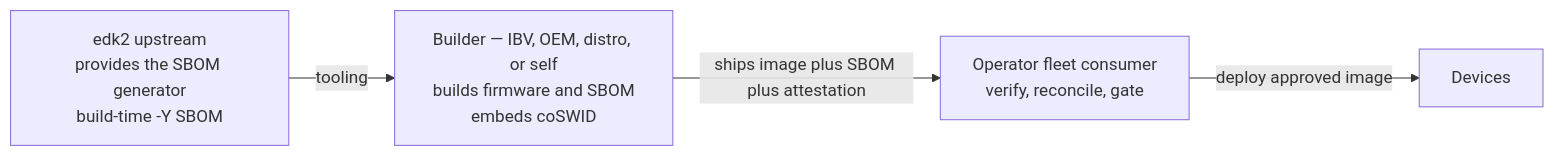
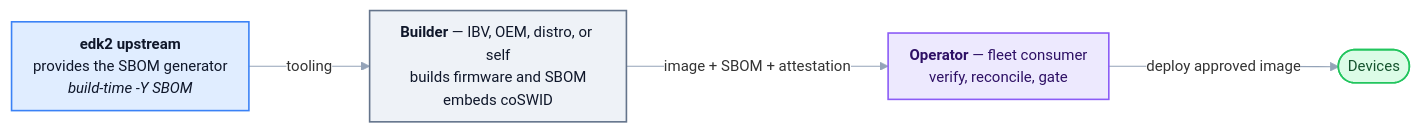
Before and after one commit to houdini91/firmware-sbom-supplychain: the first of 3 diagrams in DESIGN.md, drawn with Mermaid. The commit also changed other lines of this file, not shown here.

First line of the commit message:
DESIGN: Restyle the three mermaid diagrams

````diff
--- a/DESIGN.md
+++ b/DESIGN.md
@@ -40,10 +40,19 @@
 ```mermaid
+%%{init: {"theme":"base","themeVariables":{"fontFamily":"ui-sans-serif, system-ui, -apple-system, sans-serif","fontSize":"14px","lineColor":"#94a3b8","edgeLabelBackground":"#ffffff"},"flowchart":{"curve":"basis","htmlLabels":true,"nodeSpacing":55,"rankSpacing":70,"padding":10}}}%%
 flowchart LR
-  E["edk2 upstream<br/>provides the SBOM generator<br/>build-time -Y SBOM"]
-  B["Builder — IBV, OEM, distro, or self<br/>builds firmware and SBOM<br/>embeds coSWID"]
-  O["Operator fleet consumer<br/>verify, reconcile, gate"]
-  D["Devices"]
+  E["<b>edk2 upstream</b><br/>provides the SBOM generator<br/><i>build-time -Y SBOM</i>"]
+  B["<b>Builder</b> — IBV, OEM, distro, or self<br/>builds firmware and SBOM<br/>embeds coSWID"]
+  O["<b>Operator</b> — fleet consumer<br/>verify, reconcile, gate"]
+  D(["Devices"])
   E -->|tooling| B
-  B -->|ships image plus SBOM plus attestation| O
+  B -->|image + SBOM + attestation| O
   O -->|deploy approved image| D
+  classDef upstream fill:#e0edff,stroke:#3b82f6,stroke-width:1.5px,color:#0f172a;
+  classDef builder fill:#eef2f7,stroke:#64748b,stroke-width:1.5px,color:#0f172a;
+  classDef operator fill:#ede9fe,stroke:#8b5cf6,stroke-width:1.5px,color:#2e1065;
+  classDef device fill:#dcfce7,stroke:#22c55e,stroke-width:1.5px,color:#14532d;
+  class E upstream;
+  class B builder;
+  class O operator;
+  class D device;
 ```
````
